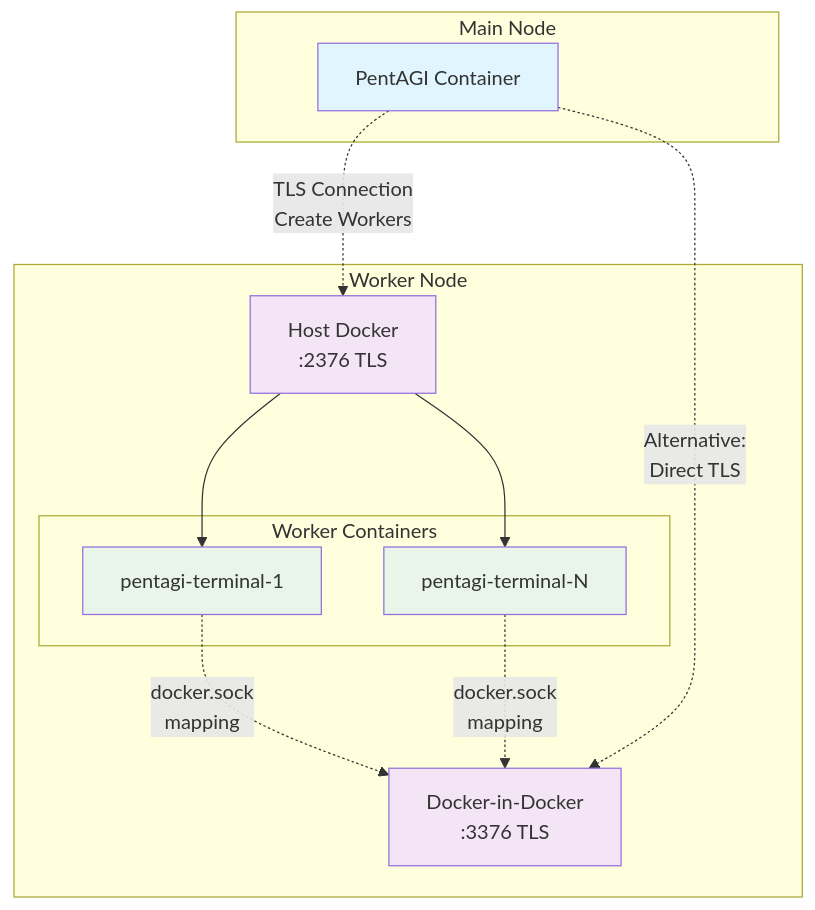
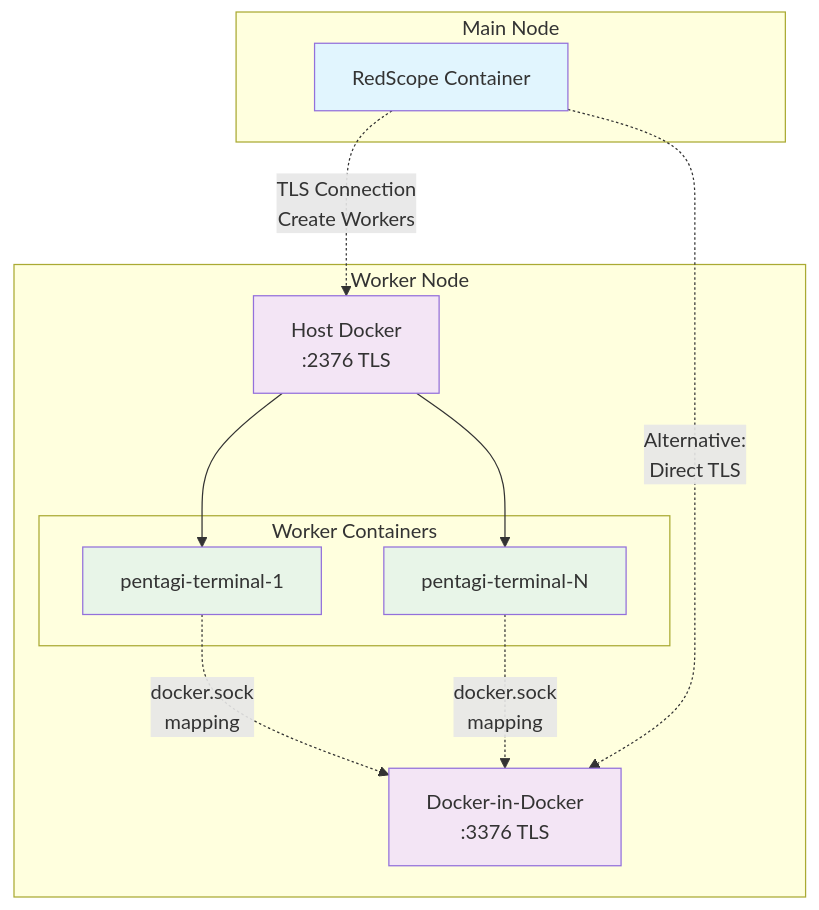
Before and after one commit to Adelya30stm/WorldState_Agent_Intelligence_Platform: the diagram in examples/guides/worker_node.md, drawn with Mermaid. The commit also changed other lines of this file and 129 other files, not shown here.

First line of the commit message:
feat: rebrand to RedScope, add attack paths, findings, infrastructure

````diff
--- a/examples/guides/worker_node.md
+++ b/examples/guides/worker_node.md
@@ -7,32 +7,32 @@
 ```mermaid
 graph TB
     subgraph "Main Node"
-        PA[PentAGI Container]
+        PA[RedScope Container]
     end
 
     subgraph "Worker Node"
         HD[Host Docker<br/>:2376 TLS]
         DIND[Docker-in-Docker<br/>:3376 TLS]
 
         subgraph "Worker Containers"
             WC1[pentagi-terminal-1]
             WC2[pentagi-terminal-N]
         end
     end
 
     PA -.->|"TLS Connection<br/>Create Workers"| HD
     HD --> WC1
     HD --> WC2
     WC1 -.->|"docker.sock<br/>mapping"| DIND
     WC2 -.->|"docker.sock<br/>mapping"| DIND
 
     PA -.->|"Alternative:<br/>Direct TLS"| DIND
 
     classDef main fill:#e1f5fe
     classDef worker fill:#f3e5f5
     classDef container fill:#e8f5e8
 
     class PA main
     class HD,DIND worker
     class WC1,WC2 container
 ```
````
